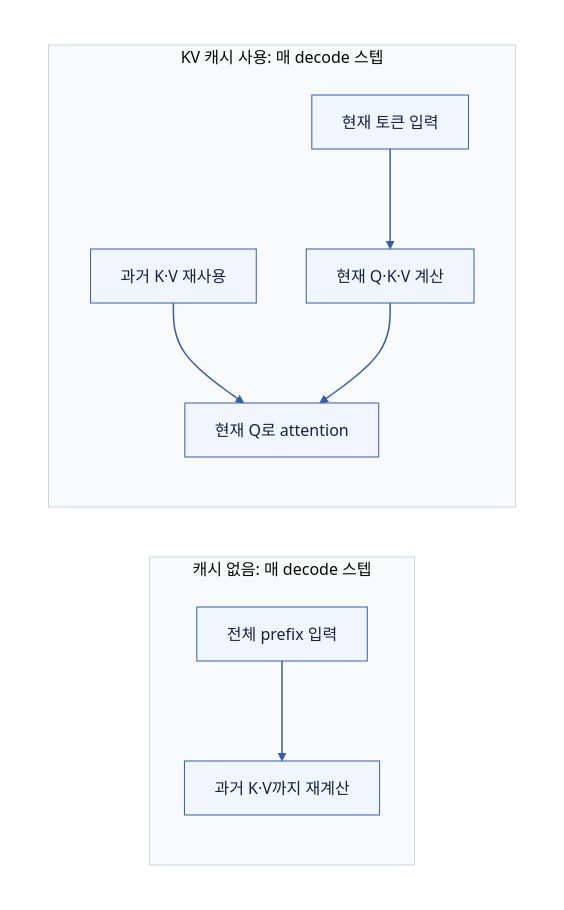
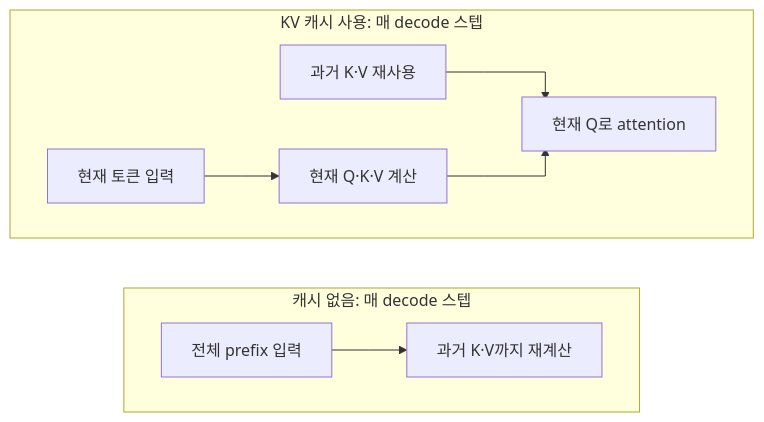
Before and after one commit to Hyune-s-lab/my-ai-study: the first of 3 diagrams in domain-knowledge/2606-kv-cache-기초.md, drawn with Mermaid. The commit also changed other lines of this file and 49 other files, not shown here.

Commit message:
docs: 단순 다이어그램은 Mermaid로, 복잡한 배치는 SVG로 정리

````diff
--- a/domain-knowledge/2606-kv-cache-기초.md
+++ b/domain-knowledge/2606-kv-cache-기초.md
@@ -9,22 +9,20 @@
 ```mermaid
 flowchart LR
-%%{init: {"theme": "base", "darkMode": false, "themeVariables": {"background": "#ffffff", "primaryColor": "#EFF6FF", "primaryTextColor": "#16213E", "primaryBorderColor": "#3B5BA5", "secondaryColor": "#F0FDF4", "tertiaryColor": "#FAF5FF", "lineColor": "#3B5BA5", "textColor": "#16213E", "edgeLabelBackground": "#ffffff", "clusterBkg": "#F8FAFC", "clusterBorder": "#CBD5E1"}}}%%
-  subgraph canvas[" "]
+%%{init: {"flowchart": {"curve": "stepAfter", "wrappingWidth": 400}}}%%
+  subgraph g_without["캐시 없음: 매 decode 스텝"]
     direction LR
-    subgraph without["캐시 없음: 매 decode 스텝"]
-      full["전체 prefix 입력"] --> recompute["과거 K·V까지 재계산"]
-    end
-    subgraph withCache["KV 캐시 사용: 매 decode 스텝"]
-      token["현재 토큰 입력"] --> compute["현재 Q·K·V 계산"]
-      cache["과거 K·V 재사용"] --> attention["현재 Q로 attention"]
-      compute --> attention
-    end
+    n_full["전체 prefix 입력"]
+    n_recompute["과거 K·V까지 재계산"]
   end
-  style canvas fill:#ffffff,stroke:#ffffff,color:#111827
-  linkStyle default stroke:#3B5BA5,stroke-width:1.5px
-  classDef app fill:#EFF6FF,stroke:#3B5BA5,stroke-width:1px,color:#16213E
-  class full,recompute,token,compute,cache,attention app
-  classDef db fill:#F0FDF4,stroke:#3F8E55,stroke-width:1px,color:#16213E
-  classDef policy fill:#FAF5FF,stroke:#A855F7,stroke-width:1px,color:#16213E
-  classDef worker fill:#FFF7ED,stroke:#C98A2B,stroke-width:1px,color:#16213E
+  subgraph g_withCache["KV 캐시 사용: 매 decode 스텝"]
+    direction LR
+    n_token["현재 토큰 입력"]
+    n_compute["현재 Q·K·V 계산"]
+    n_cache["과거 K·V 재사용"]
+    n_attention["현재 Q로 attention"]
+  end
+  n_full --> n_recompute
+  n_token --> n_compute
+  n_cache --> n_attention
+  n_compute --> n_attention
 ```
````
